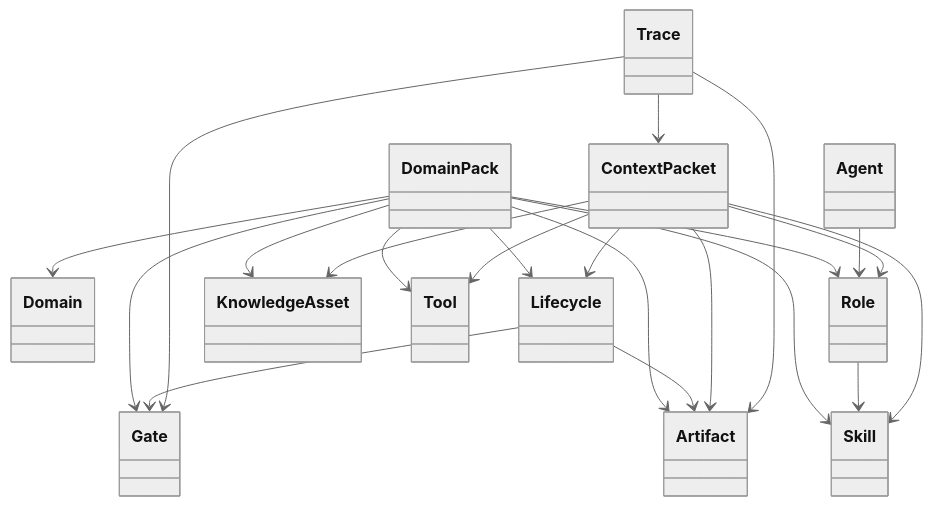
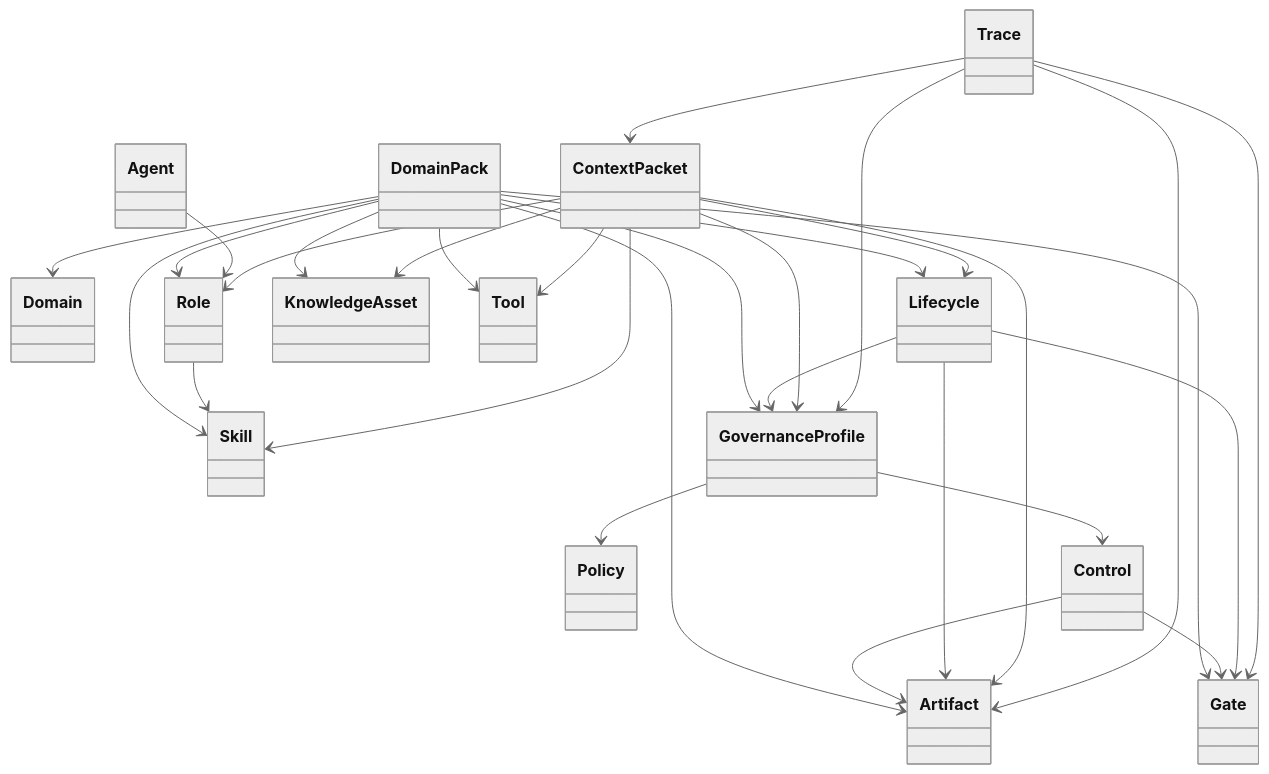
One commit to RALF-Framework/ralf changed the diagram in docs/core-concepts.md. Above: the diagram before and after it, drawn with Mermaid (neutral theme). The commit also changed other lines of this file and 6 other files, not shown here.

````diff
--- a/docs/core-concepts.md
+++ b/docs/core-concepts.md
@@ -267,37 +362,48 @@
 ```mermaid
 classDiagram
     class DomainPack
     class Domain
     class Lifecycle
     class Role
     class Agent
     class Skill
     class KnowledgeAsset
     class Tool
     class Artifact
+    class GovernanceProfile
+    class Policy
+    class Control
     class Gate
     class Trace
     class ContextPacket
 
     DomainPack --> Domain
     DomainPack --> Lifecycle
     DomainPack --> Role
     DomainPack --> Skill
     DomainPack --> KnowledgeAsset
     DomainPack --> Tool
     DomainPack --> Artifact
+    DomainPack --> GovernanceProfile
     DomainPack --> Gate
+    GovernanceProfile --> Policy
+    GovernanceProfile --> Control
+    Control --> Gate
+    Control --> Artifact
     Lifecycle --> Artifact
     Lifecycle --> Gate
+    Lifecycle --> GovernanceProfile
     Role --> Skill
     Agent --> Role
     ContextPacket --> Lifecycle
     ContextPacket --> Role
     ContextPacket --> Skill
     ContextPacket --> KnowledgeAsset
     ContextPacket --> Tool
     ContextPacket --> Artifact
+    ContextPacket --> GovernanceProfile
     Trace --> ContextPacket
     Trace --> Artifact
     Trace --> Gate
+    Trace --> GovernanceProfile
 ```
````
